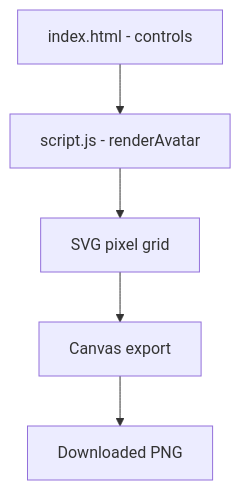
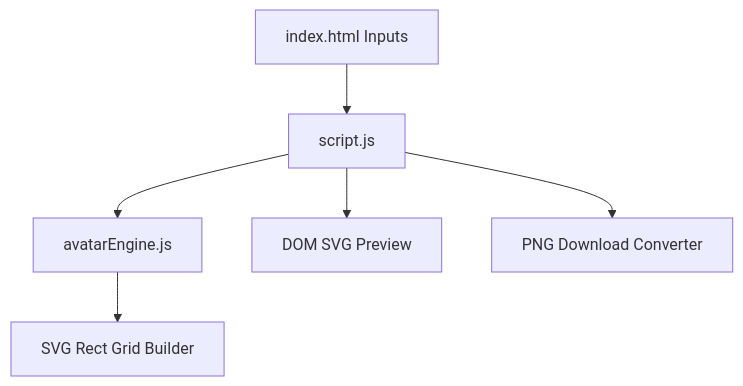
Before and after one commit to Anubhutisharma-07/cradle: the diagram in projects/misc/avatar-creator/ARCHITECTURE.md, drawn with Mermaid. The commit also changed other lines of this file and 4 other files, not shown here.

Commit message:
feat: modularize Avatar Creator with avatarEngine and test suite

````diff
--- a/projects/misc/avatar-creator/ARCHITECTURE.md
+++ b/projects/misc/avatar-creator/ARCHITECTURE.md
@@ -39,7 +36,8 @@
 ```mermaid
 graph TD
-    A[index.html - controls] --> B[script.js - renderAvatar]
-    B --> C[SVG pixel grid]
-    C --> D[Canvas export]
-    D --> E[Downloaded PNG]
+    A[index.html Inputs] --> B[script.js]
+    B --> C[avatarEngine.js]
+    C --> D[SVG Rect Grid Builder]
+    B --> E[DOM SVG Preview]
+    B --> F[PNG Download Converter]
 ```
````
